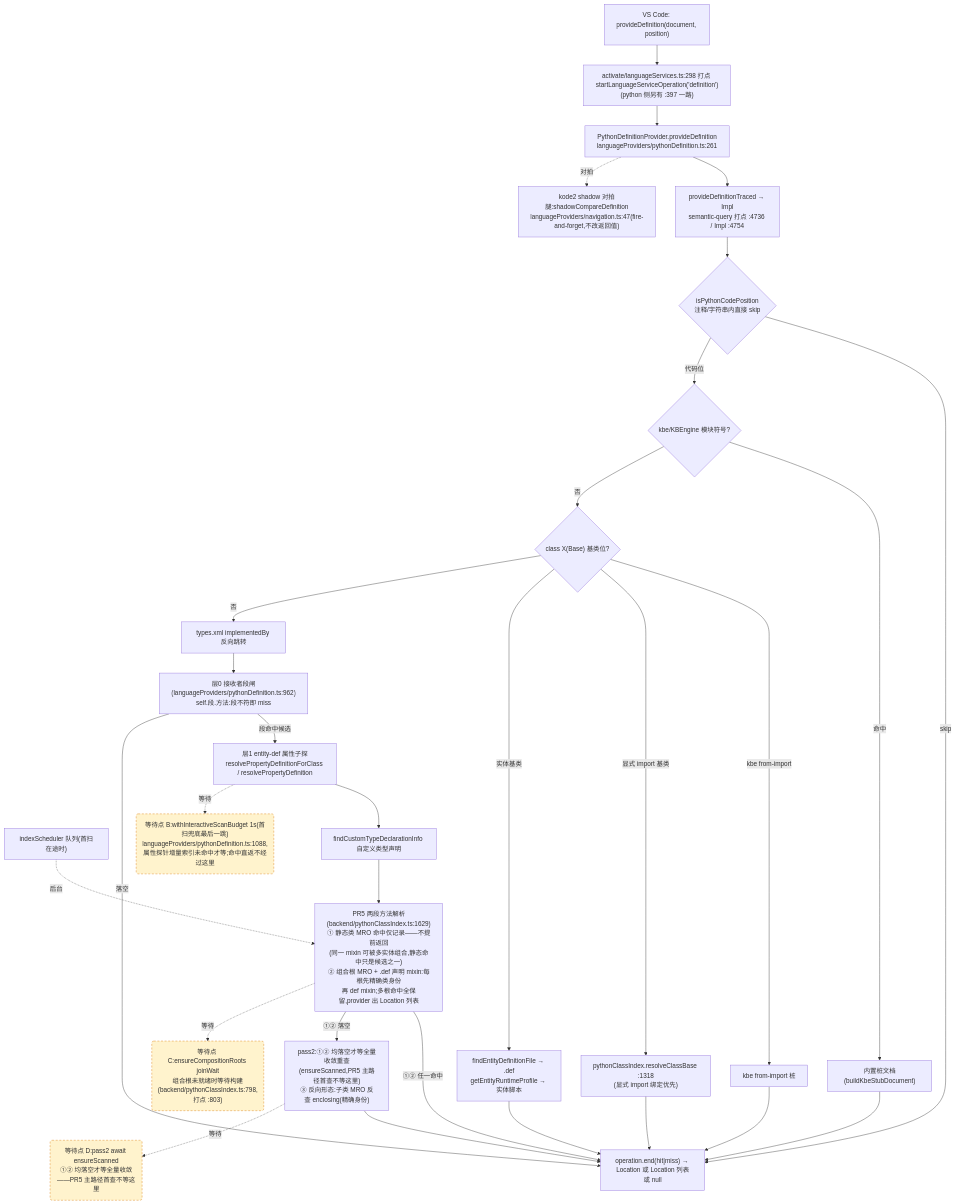
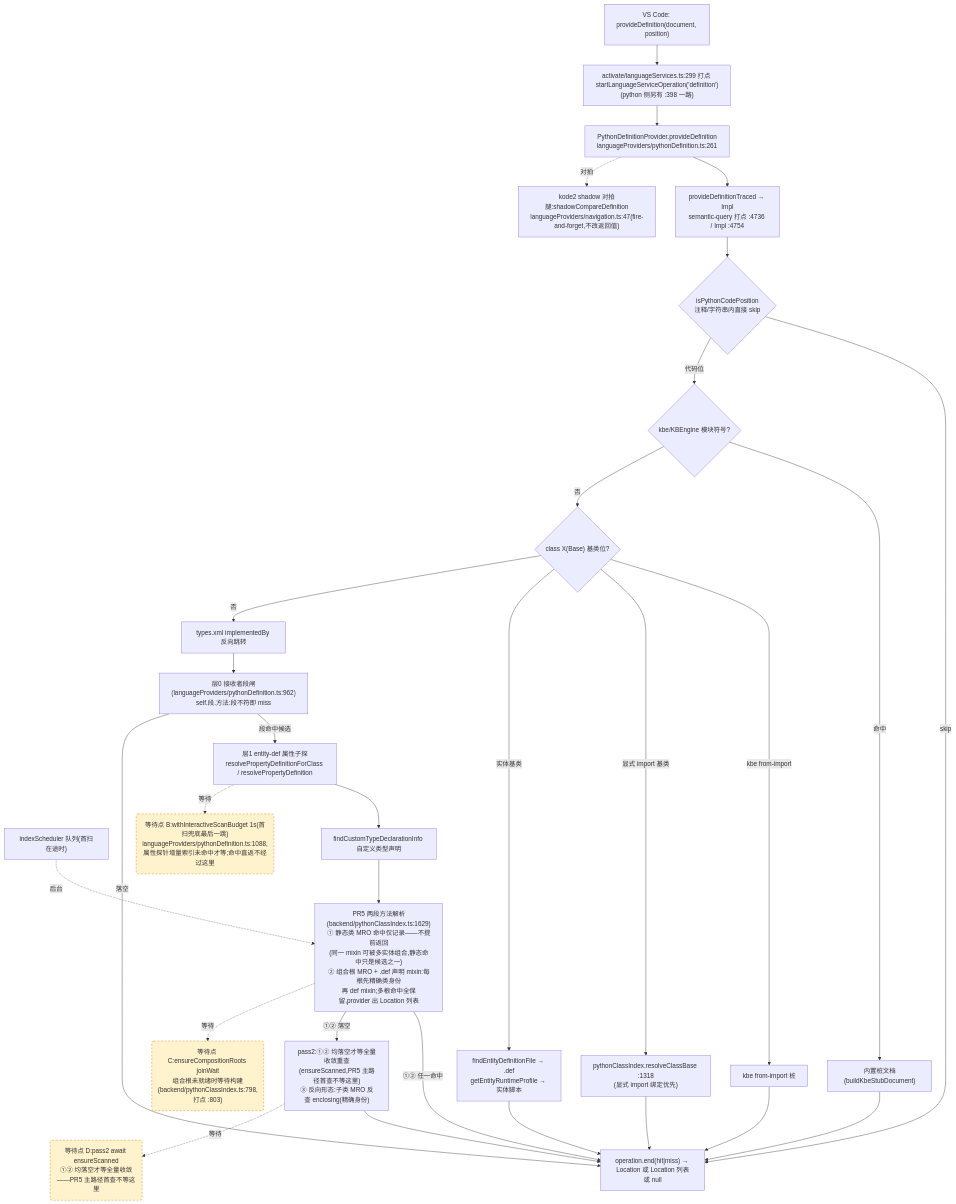
One commit to cuihairu/kode changed the second of 4 diagrams in docs/perf/2026-baseline.md. Above: the diagram before and after it, drawn with Mermaid. The commit also changed other lines of this file and 1 other file, not shown here.

````diff
--- a/docs/perf/2026-baseline.md
+++ b/docs/perf/2026-baseline.md
@@ -155,51 +155,51 @@
 ```mermaid
 flowchart TD
   VC2["VS Code: provideDefinition(document, position)"]
-  M2["activate/languageServices.ts:298 打点 startLanguageServiceOperation('definition')<br/>(python 侧另有 :397 一路)"]
+  M2["activate/languageServices.ts:299 打点 startLanguageServiceOperation('definition')<br/>(python 侧另有 :398 一路)"]
   AD2["PythonDefinitionProvider.provideDefinition<br/>languageProviders/pythonDefinition.ts:261"]
   TR["provideDefinitionTraced → Impl<br/>semantic-query 打点 :4736 / Impl :4754"]
   CTX{"isPythonCodePosition<br/>注释/字符串内直接 skip"}
   KBE{"kbe/KBEngine 模块符号?"}
   STUB["内置桩文档(buildKbeStubDocument)"]
   CB{"class X(Base) 基类位?"}
   CB1["kbe from-import 桩"]
   CB2["pythonClassIndex.resolveClassBase :1318<br/>(显式 import 绑定优先)"]
   CB3["findEntityDefinitionFile → .def<br/>getEntityRuntimeProfile → 实体脚本"]
   REV["types.xml implementedBy 反向跳转"]
   L0["层0 接收者段闸(languageProviders/pythonDefinition.ts:962)<br/>self.段.方法:段不符即 miss"]
   L1["层1 entity-def 属性子探<br/>resolvePropertyDefinitionForClass / resolvePropertyDefinition"]
   SCAN["indexScheduler 队列(首扫在途时)"]
   TY["findCustomTypeDeclarationInfo 自定义类型声明"]
   MRO["PR5 两段方法解析(backend/pythonClassIndex.ts:1629)<br/>① 静态类 MRO 命中仅记录——不提前返回<br/>(同一 mixin 可被多实体组合,静态命中只是候选之一)<br/>② 组合根 MRO + .def 声明 mixin:每根先精确类身份<br/>再 def mixin;多根命中全保留,provider 出 Location 列表"]
   PASS2["pass2:①② 均落空才等全量收敛重查<br/>(ensureScanned,PR5 主路径首查不等这里)<br/>③ 反向形态:子类 MRO 反查 enclosing(精确身份)"]
   SHD["kode2 shadow 对拍腿:shadowCompareDefinition<br/>languageProviders/navigation.ts:47(fire-and-forget,不改返回值)"]
   END2["operation.end(hit|miss) → Location 或 Location 列表或 null"]
 
   VC2 --> M2 --> AD2 --> TR --> CTX
   CTX -- "skip" --> END2
   CTX -- "代码位" --> KBE
   KBE -- "命中" --> STUB --> END2
   KBE -- "否" --> CB
   CB -- "kbe from-import" --> CB1 --> END2
   CB -- "显式 import 基类" --> CB2 --> END2
   CB -- "实体基类" --> CB3 --> END2
   CB -- "否" --> REV --> L0
   L0 -- "段命中候选" --> L1
   L0 -- "落空" --> END2
   L1 --> TY
   TY --> MRO
   MRO -- "①② 任一命中" --> END2
   MRO -- "①② 落空" --> PASS2 --> END2
   AD2 -.->|对拍| SHD
 
   WAITB("等待点 B:withInteractiveScanBudget 1s(首扫兜底最后一跳)<br/>languageProviders/pythonDefinition.ts:1088,属性探针增量索引未命中才等;命中直返不经过这里")
   WAITC("等待点 C:ensureCompositionRoots joinWait<br/>组合根未就绪时等待构建(backend/pythonClassIndex.ts:798,打点 :803)")
   WAITD("等待点 D:pass2 await ensureScanned<br/>①② 均落空才等全量收敛——PR5 主路径首查不等这里")
   L1 -.->|等待| WAITB
   MRO -.->|等待| WAITC
   PASS2 -.->|等待| WAITD
   SCAN -.->|后台| MRO
 
   classDef waitPoint fill:#fff3cd,stroke:#d97706,stroke-dasharray:5 4;
   class WAITB,WAITC,WAITD waitPoint;
 ```
````
